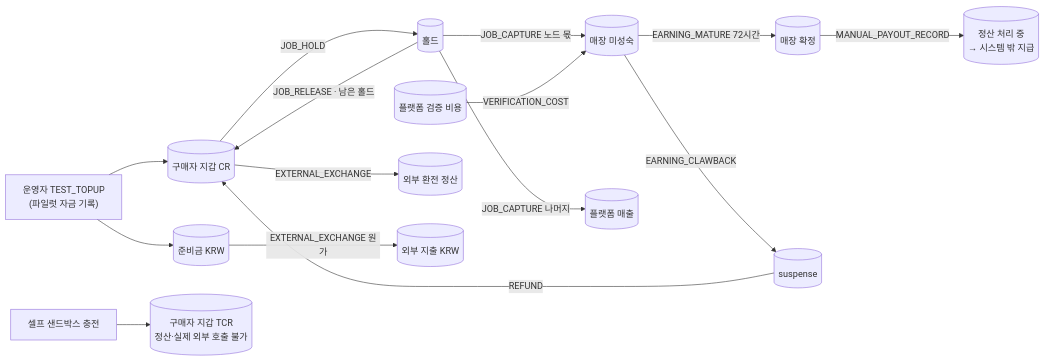
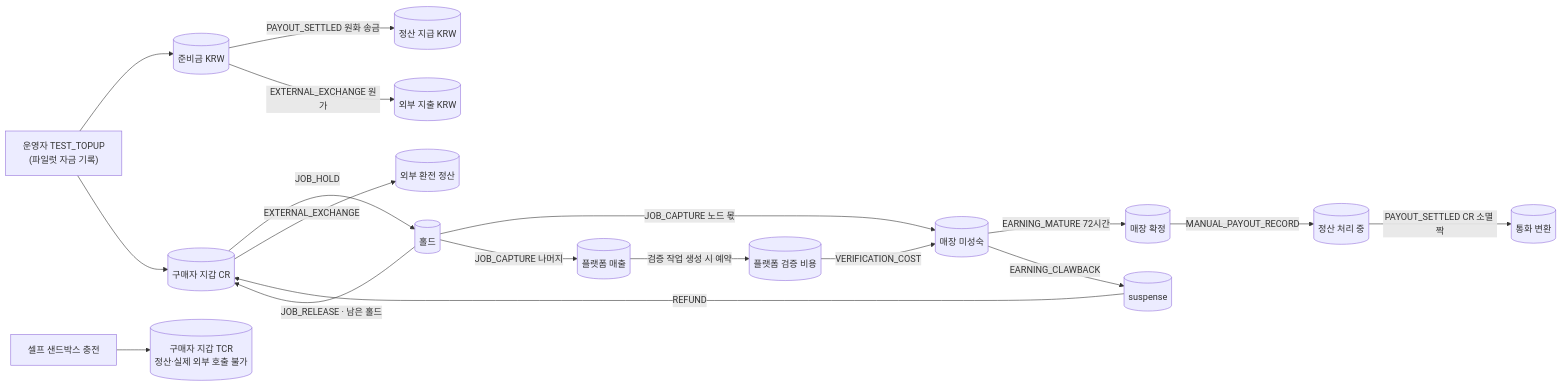
Before and after one commit to songhojin0525/spareon: diagram 23 of 23 in docs/ARCHITECTURE.md, drawn with Mermaid. The commit also changed other lines of this file and 15 other files, not shown here.

````diff
--- a/docs/ARCHITECTURE.md
+++ b/docs/ARCHITECTURE.md
@@ -925,17 +955,20 @@
 ```mermaid
 flowchart LR
   topup["운영자 TEST_TOPUP<br/>(파일럿 자금 기록)"] --> reserve[("준비금 KRW")]
   topup --> wallet[("구매자 지갑 CR")]
   sandbox["셀프 샌드박스 충전"] --> twallet[("구매자 지갑 TCR<br/>정산·실제 외부 호출 불가")]
   wallet -->|JOB_HOLD| hold[("홀드")]
   hold -->|JOB_CAPTURE 노드 몫| pending[("매장 미성숙")]
   hold -->|JOB_CAPTURE 나머지| revenue[("플랫폼 매출")]
   hold -->|JOB_RELEASE · 남은 홀드| wallet
   pending -->|EARNING_MATURE 72시간| settled[("매장 확정")]
   pending -->|EARNING_CLAWBACK| suspense[("suspense")]
   suspense -->|REFUND| wallet
-  settled -->|MANUAL_PAYOUT_RECORD| payout[("정산 처리 중<br/>→ 시스템 밖 지급")]
-  verif[("플랫폼 검증 비용")] -->|VERIFICATION_COST| pending
+  settled -->|MANUAL_PAYOUT_RECORD| payout[("정산 처리 중")]
+  payout -->|PAYOUT_SETTLED CR 소멸 짝| fxconv[("통화 변환")]
+  reserve -->|PAYOUT_SETTLED 원화 송금| paid[("정산 지급 KRW")]
+  revenue -->|검증 작업 생성 시 예약| verif[("플랫폼 검증 비용")]
+  verif -->|VERIFICATION_COST| pending
   wallet -->|EXTERNAL_EXCHANGE| ext[("외부 환전 정산")]
   reserve -->|EXTERNAL_EXCHANGE 원가| spend[("외부 지출 KRW")]
 ```
````
